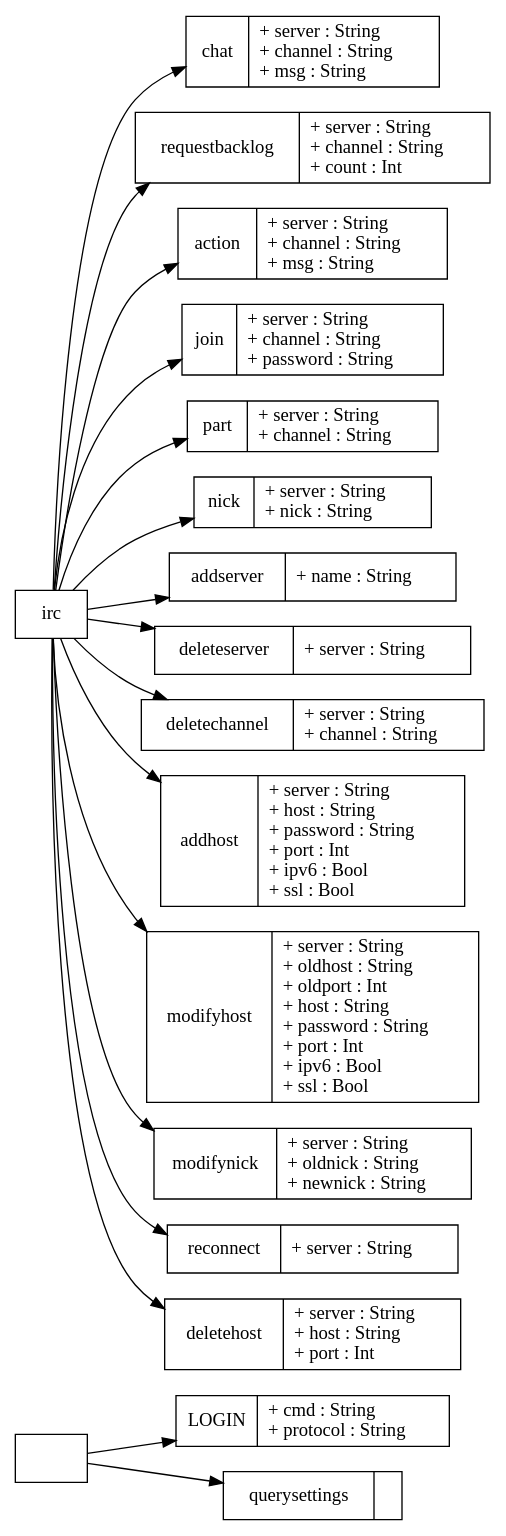
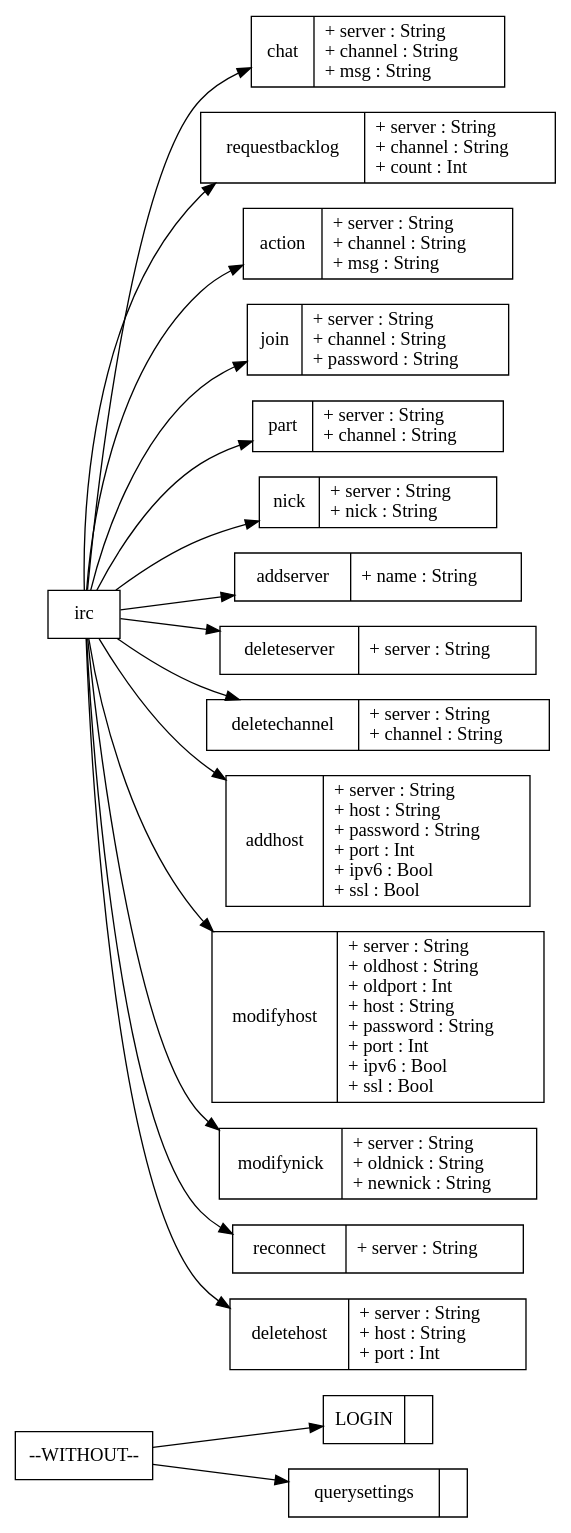
One commit to 0x17de/Harpoon changed the diagram in docs/input/websocketprotocol.dot. Above: the diagram before and after it, drawn with Graphviz. The commit also changed 1 other file, not shown here.

Commit message:
websocket API graph fixes

```diff
--- a/docs/input/websocketprotocol.dot
+++ b/docs/input/websocketprotocol.dot
@@ -1,44 +1,44 @@
 digraph Initialization {
 rankdir=LR;
 fontname="Bitstream Vera Sans";
 node [
 fontname="Bitstream Vera Sans";
 shape="record";
 ]
 edge [
 fontname="Bitstream Vera Sans";
 ]
-command_0 [ label="{LOGIN|+ cmd : String\l+ protocol : String\l}" ];
-"" -> command_0;
+command_0 [ label="{LOGIN|}" ];
+"--WITHOUT--" -> command_0;
 command_1 [ label="{querysettings|}" ];
-"" -> command_1;
+"--WITHOUT--" -> command_1;
 command_2 [ label="{chat|+ server : String\l+ channel : String\l+ msg : String\l}" ];
 "irc" -> command_2;
 command_3 [ label="{requestbacklog|+ server : String\l+ channel : String\l+ count : Int\l}" ];
 "irc" -> command_3;
 command_4 [ label="{action|+ server : String\l+ channel : String\l+ msg : String\l}" ];
 "irc" -> command_4;
 command_5 [ label="{join|+ server : String\l+ channel : String\l+ password : String\l}" ];
 "irc" -> command_5;
 command_6 [ label="{part|+ server : String\l+ channel : String\l}" ];
 "irc" -> command_6;
 command_7 [ label="{nick|+ server : String\l+ nick : String\l}" ];
 "irc" -> command_7;
 command_8 [ label="{addserver|+ name : String\l}" ];
 "irc" -> command_8;
 command_9 [ label="{deleteserver|+ server : String\l}" ];
 "irc" -> command_9;
 command_10 [ label="{deletechannel|+ server : String\l+ channel : String\l}" ];
 "irc" -> command_10;
 command_11 [ label="{addhost|+ server : String\l+ host : String\l+ password : String\l+ port : Int\l+ ipv6 : Bool\l+ ssl : Bool\l}" ];
 "irc" -> command_11;
 command_12 [ label="{modifyhost|+ server : String\l+ oldhost : String\l+ oldport : Int\l+ host : String\l+ password : String\l+ port : Int\l+ ipv6 : Bool\l+ ssl : Bool\l}" ];
 "irc" -> command_12;
 command_13 [ label="{modifynick|+ server : String\l+ oldnick : String\l+ newnick : String\l}" ];
 "irc" -> command_13;
 command_14 [ label="{reconnect|+ server : String\l}" ];
 "irc" -> command_14;
 command_15 [ label="{deletehost|+ server : String\l+ host : String\l+ port : Int\l}" ];
 "irc" -> command_15;
 
 }
```
